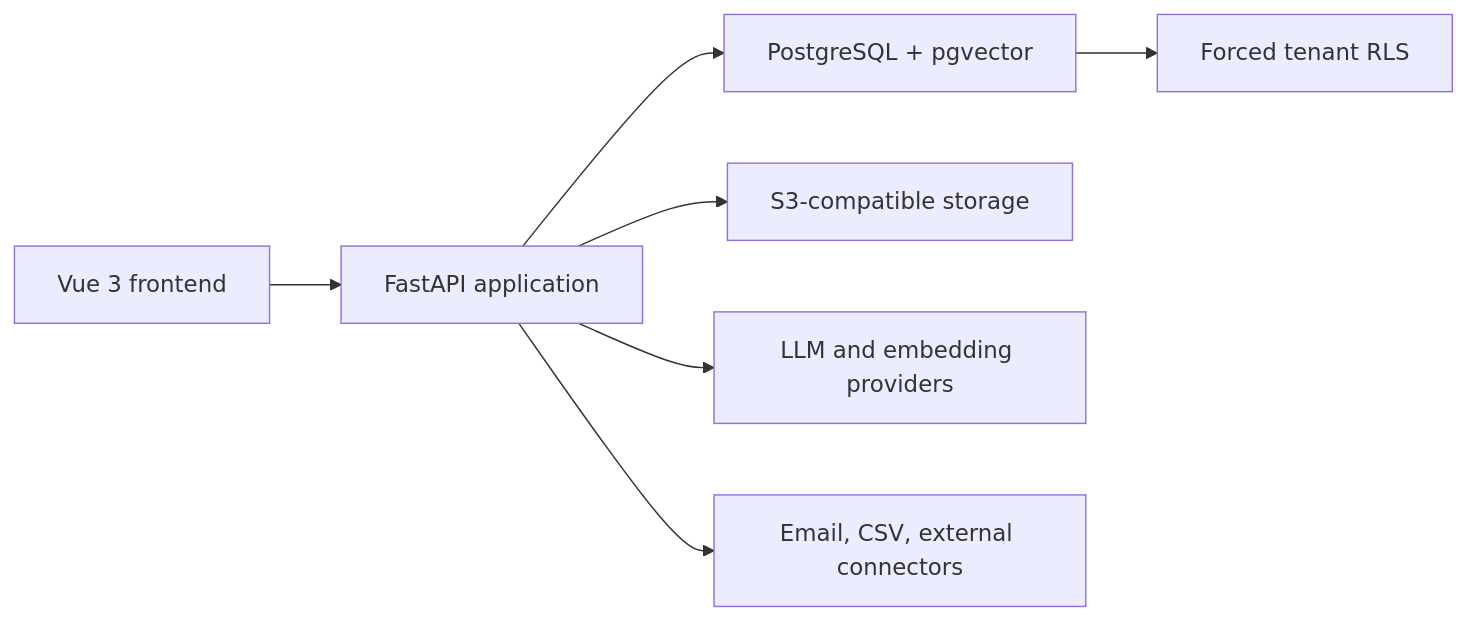
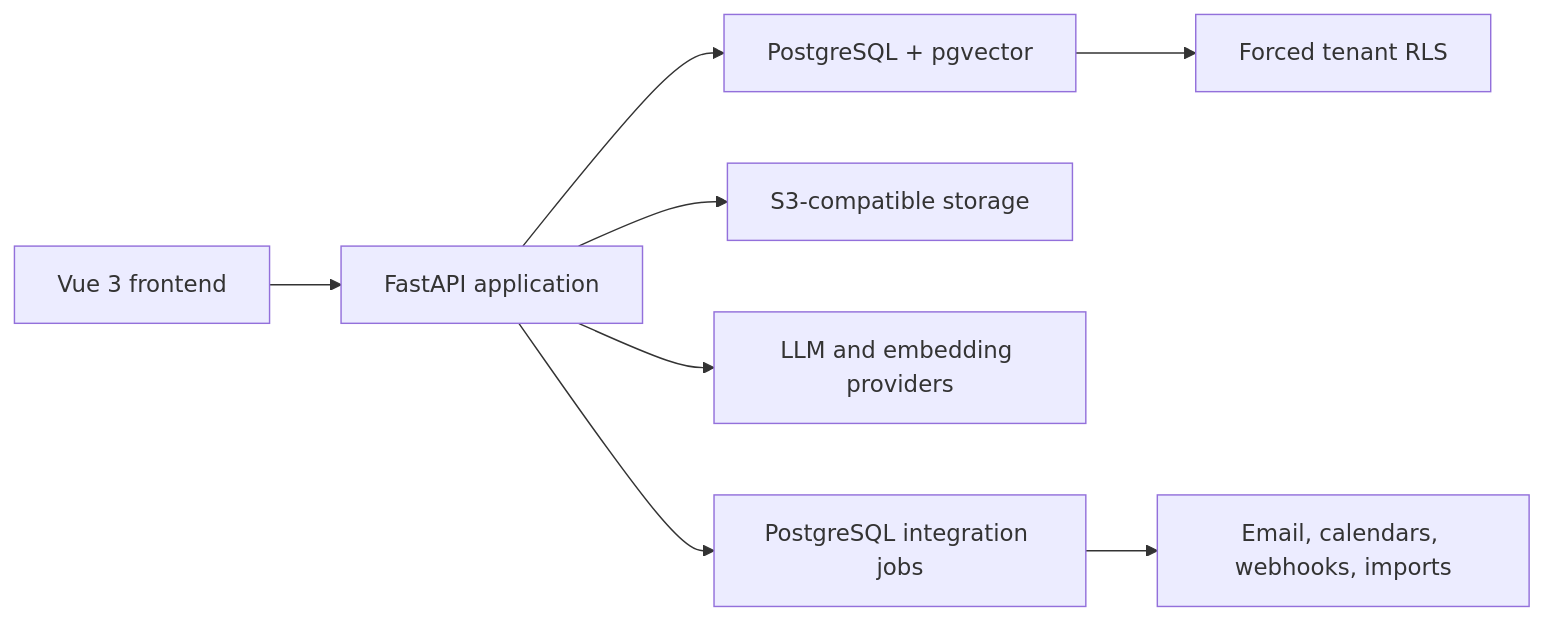
Before and after one commit to Yirtimd/Voknap-CMR-for-Sales: the diagram in README.md, drawn with Mermaid. The commit also changed other lines of this file and 31 other files, not shown here.

````diff
--- a/README.md
+++ b/README.md
@@ -59,9 +60,10 @@
 ```mermaid
 flowchart LR
     UI["Vue 3 frontend"] --> API["FastAPI application"]
     API --> DB["PostgreSQL + pgvector"]
     API --> OBJECTS["S3-compatible storage"]
     API --> AI["LLM and embedding providers"]
-    API --> CONNECTORS["Email, CSV, external connectors"]
+    API --> QUEUE["PostgreSQL integration jobs"]
+    QUEUE --> CONNECTORS["Email, calendars, webhooks, imports"]
     DB --> RLS["Forced tenant RLS"]
 ```
````
